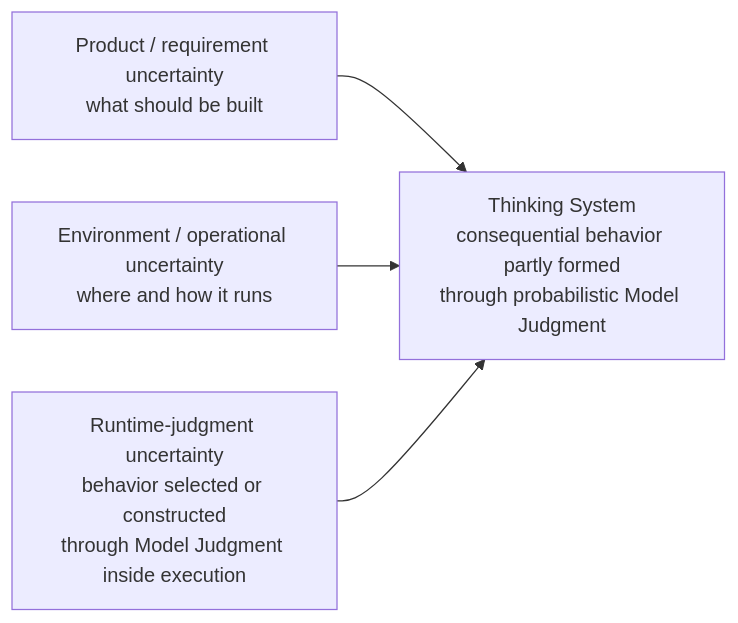
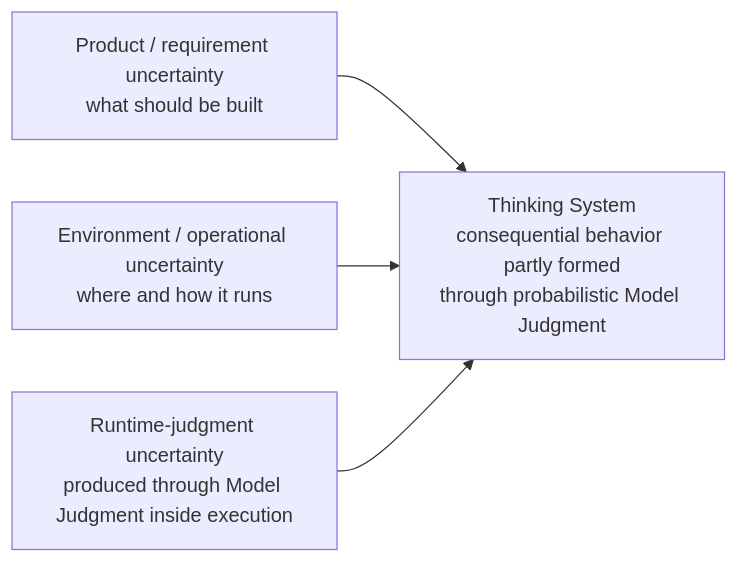
The fifth of 7 diagrams in content/research/notes/thinking-systems-publication-draft.md (UncertaintyArchitectureGroup/uncertainty-architecture), drawn with Mermaid before and after one commit. The commit also changed other lines of this file, not shown here.

````diff
--- a/content/research/notes/thinking-systems-publication-draft.md
+++ b/content/research/notes/thinking-systems-publication-draft.md
@@ -236,11 +216,11 @@
 ```mermaid
 flowchart LR
     R["Product / requirement uncertainty<br/>what should be built"]
     O["Environment / operational uncertainty<br/>where and how it runs"]
-    J["Runtime-judgment uncertainty<br/>behavior selected or constructed<br/>through Model Judgment inside execution"]
+    J["Runtime-judgment uncertainty<br/>produced through Model Judgment inside execution"]
     S["Thinking System<br/>consequential behavior partly formed<br/>through probabilistic Model Judgment"]
 
     R --> S
     O --> S
     J --> S
 ```
````
